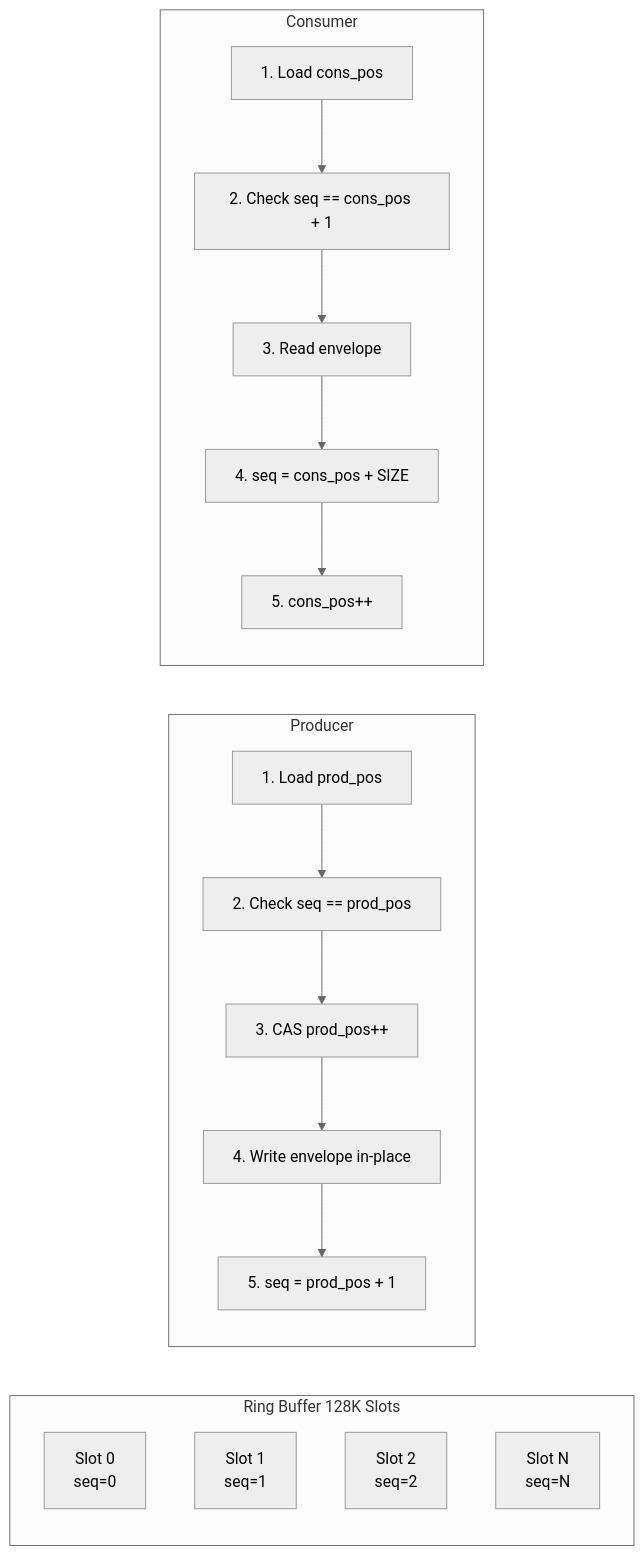
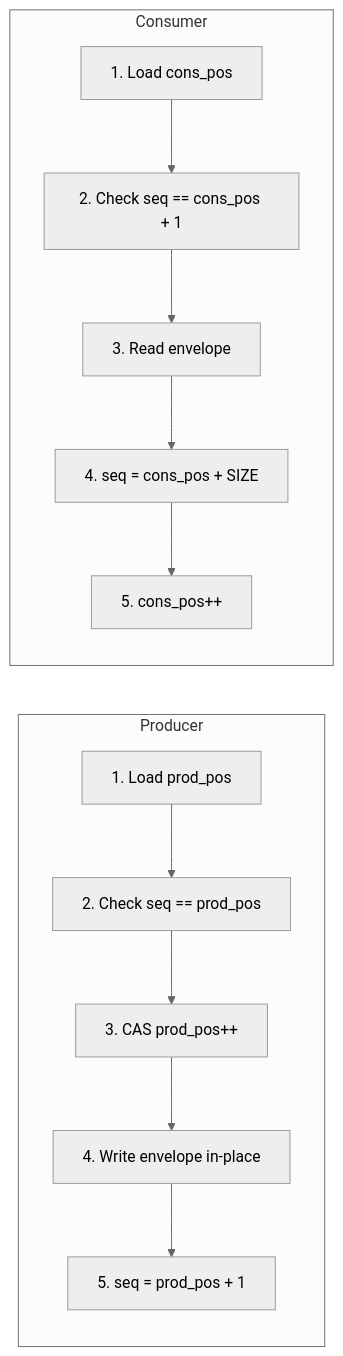
The second of 3 diagrams in content/posts/mccc/MCCC_Design.md (DeguiLiu/tech-notes), drawn with Mermaid (neutral theme) before and after one commit. The commit also changed other lines of this file and 2 other files, not shown here.

````diff
--- a/content/posts/mccc/MCCC_Design.md
+++ b/content/posts/mccc/MCCC_Design.md
@@ -70,29 +85,21 @@
 ```mermaid
 flowchart LR
-    subgraph RingBuffer[Ring Buffer 128K Slots]
-        direction TB
-        S0[Slot 0<br/>seq=0]
-        S1[Slot 1<br/>seq=1]
-        S2[Slot 2<br/>seq=2]
-        SN[Slot N<br/>seq=N]
-    end
-
     subgraph Producer[Producer]
         P1[1. Load prod_pos]
         P2[2. Check seq == prod_pos]
         P3[3. CAS prod_pos++]
         P4[4. Write envelope in-place]
         P5[5. seq = prod_pos + 1]
     end
 
     subgraph Consumer[Consumer]
         C1[1. Load cons_pos]
         C2[2. Check seq == cons_pos + 1]
         C3[3. Read envelope]
         C4[4. seq = cons_pos + SIZE]
         C5[5. cons_pos++]
     end
 
     P1 --> P2 --> P3 --> P4 --> P5
     C1 --> C2 --> C3 --> C4 --> C5
 ```
````
